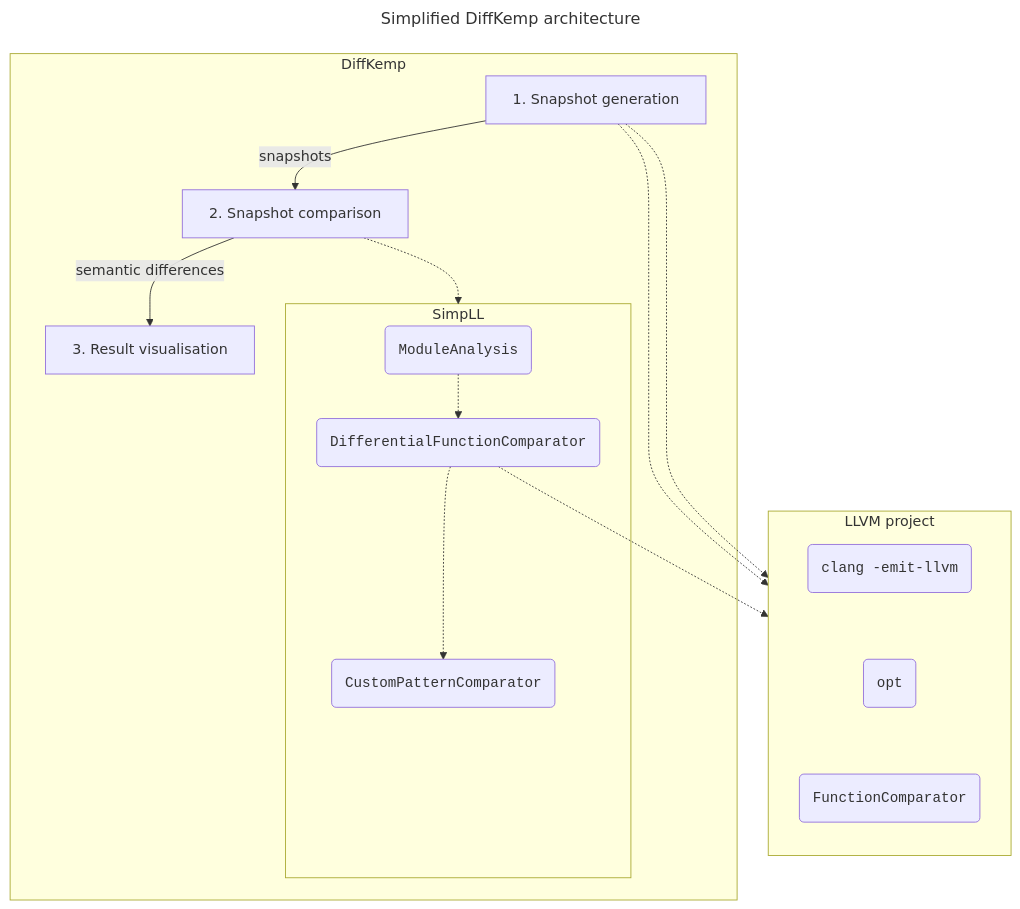
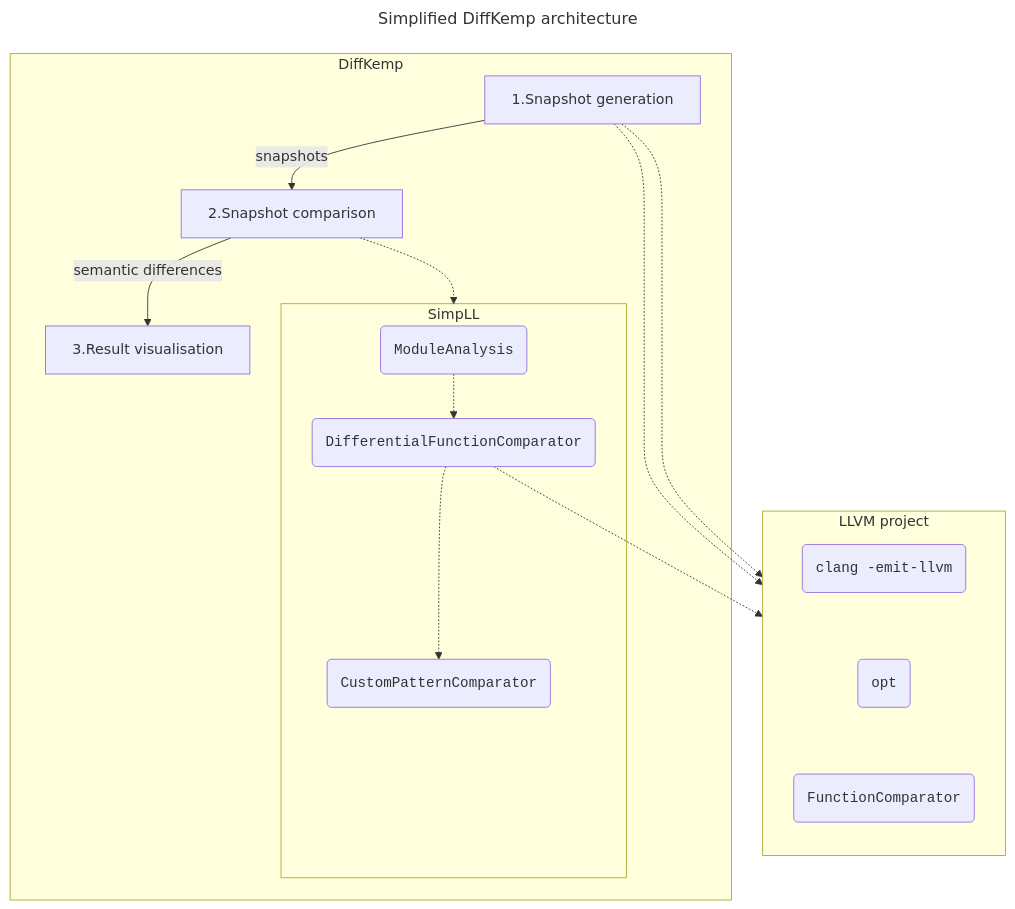
The first of 10 diagrams in docs/architecture.md (PLukas2018/diffkemp), drawn with Mermaid before and after one commit. The commit also changed other lines of this file, not shown here.

Commit message:
result visualisation

````diff
--- a/docs/architecture.md
+++ b/docs/architecture.md
@@ -3,36 +3,36 @@
 ```mermaid
 ---
 # This code renders an image, that does not show on the GitHub app, use a browser
 # to see the image.
 title: Simplified DiffKemp architecture
 ---
 flowchart TB
   subgraph dk["DiffKemp"]
     sg -- "snapshots" --> sc -- "semantic differences" --> rv
-    sg["1. Snapshot generation"]
-    sc["2. Snapshot comparison"]
-    rv["3. Result visualisation"]
+    sg["1.Snapshot generation"]
+    sc["2.Snapshot comparison"]
+    rv["3.Result visualisation"]
     subgraph simpll["SimpLL"]
       ma("ModuleAnalysis")
       dfc("DifferentialFunctionComparator")
       cc("CustomPatternComparator")
       ma -.-> dfc -.-> cc
     end
   end
   subgraph llvm["LLVM project"]
     direction TB
     clang("clang -emit-llvm")
     opt("opt")
     fc("FunctionComparator")
     %% invisible edges helps top to bottom orientation
     clang ~~~ opt ~~~ fc
   end
   sg -.-> clang
   sg -.-> opt
   sc -.-> simpll
   dfc -.-> fc
 
 %% style
 classDef mono font-family:monospace
 class ma,dfc,fc,cc,clang,opt mono
 ```
````
